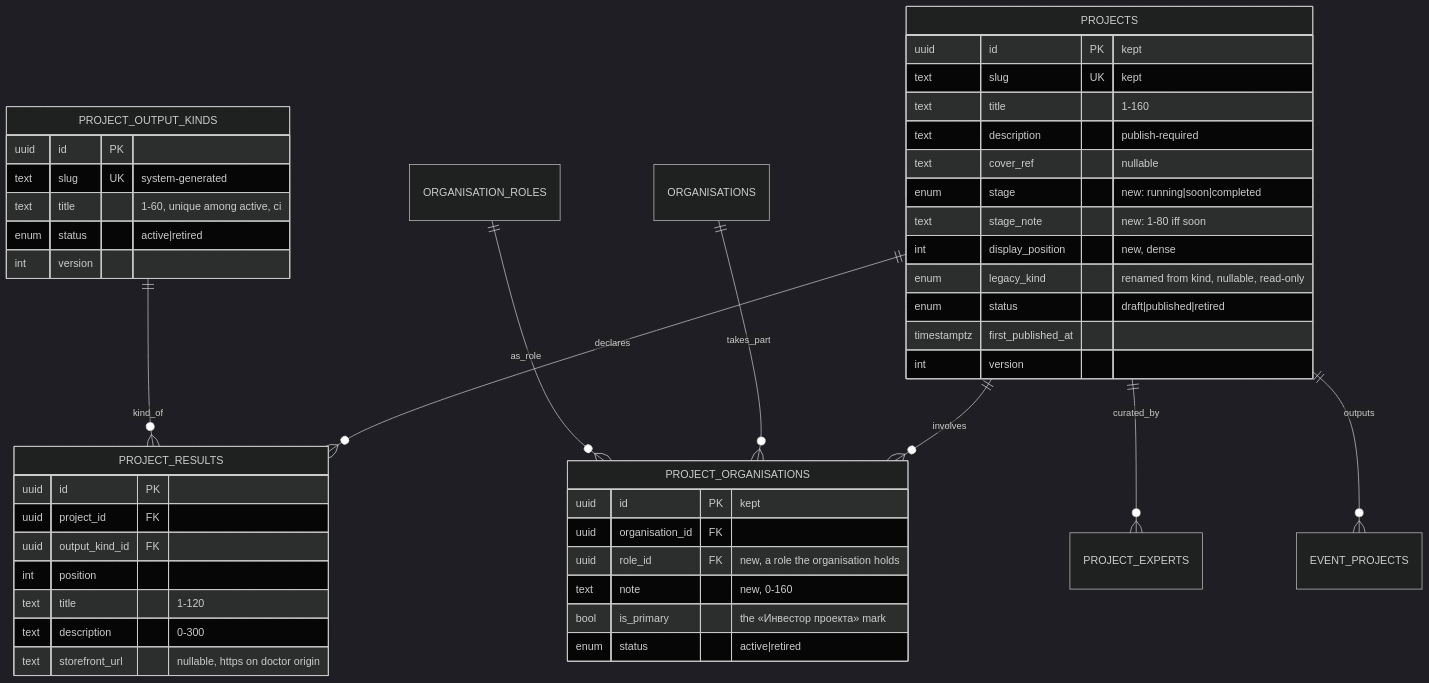
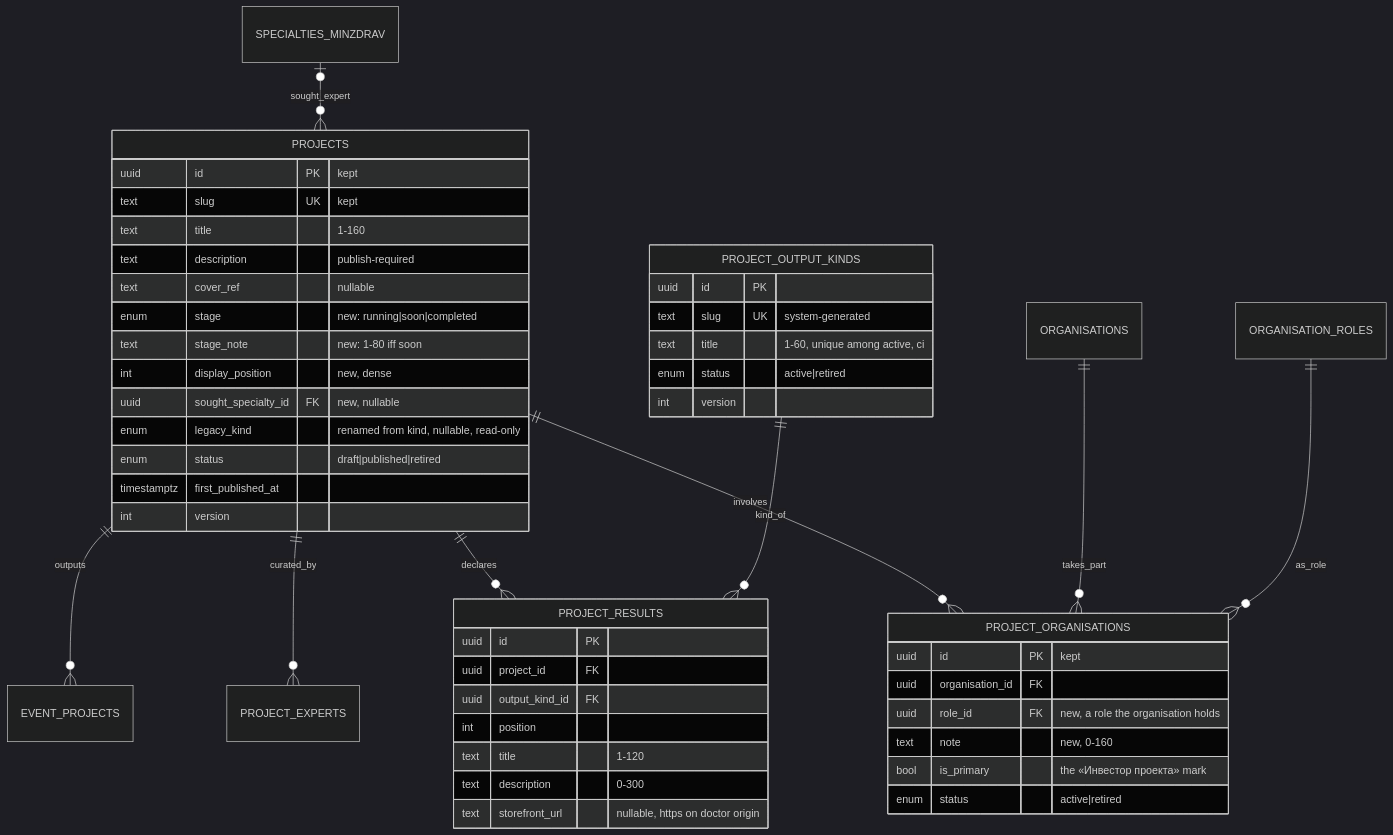
Before and after one commit to doctor-school/ds-platform: the first of 5 diagrams in apps/docs/content/specs/features/030-projects-catalog-and-page/030-design.md, drawn with Mermaid (dark theme). The commit also changed other lines of this file and 3 other files, not shown here.

First line of the commit message:
docs(1800): 030 slice 1 — sought expert specialty (EARS-21) and lead-decision amendments

````diff
--- a/apps/docs/content/specs/features/030-projects-catalog-and-page/030-design.md
+++ b/apps/docs/content/specs/features/030-projects-catalog-and-page/030-design.md
@@ -44,48 +44,50 @@
 ```mermaid
 erDiagram
   PROJECTS ||--o{ PROJECT_RESULTS : declares
   PROJECT_OUTPUT_KINDS ||--o{ PROJECT_RESULTS : kind_of
   PROJECTS ||--o{ PROJECT_ORGANISATIONS : involves
   ORGANISATIONS ||--o{ PROJECT_ORGANISATIONS : takes_part
   ORGANISATION_ROLES ||--o{ PROJECT_ORGANISATIONS : as_role
   PROJECTS ||--o{ PROJECT_EXPERTS : curated_by
   PROJECTS ||--o{ EVENT_PROJECTS : outputs
+  SPECIALTIES_MINZDRAV |o--o{ PROJECTS : sought_expert
   PROJECTS {
     uuid id PK "kept"
     text slug UK "kept"
     text title "1-160"
     text description "publish-required"
     text cover_ref "nullable"
     enum stage "new: running|soon|completed"
     text stage_note "new: 1-80 iff soon"
     int display_position "new, dense"
+    uuid sought_specialty_id FK "new, nullable"
     enum legacy_kind "renamed from kind, nullable, read-only"
     enum status "draft|published|retired"
     timestamptz first_published_at
     int version
   }
   PROJECT_RESULTS {
     uuid id PK
     uuid project_id FK
     uuid output_kind_id FK
     int position
     text title "1-120"
     text description "0-300"
     text storefront_url "nullable, https on doctor origin"
   }
   PROJECT_OUTPUT_KINDS {
     uuid id PK
     text slug UK "system-generated"
     text title "1-60, unique among active, ci"
     enum status "active|retired"
     int version
   }
   PROJECT_ORGANISATIONS {
     uuid id PK "kept"
     uuid organisation_id FK
     uuid role_id FK "new, a role the organisation holds"
     text note "new, 0-160"
     bool is_primary "the «Инвестор проекта» mark"
     enum status "active|retired"
   }
 ```
````
